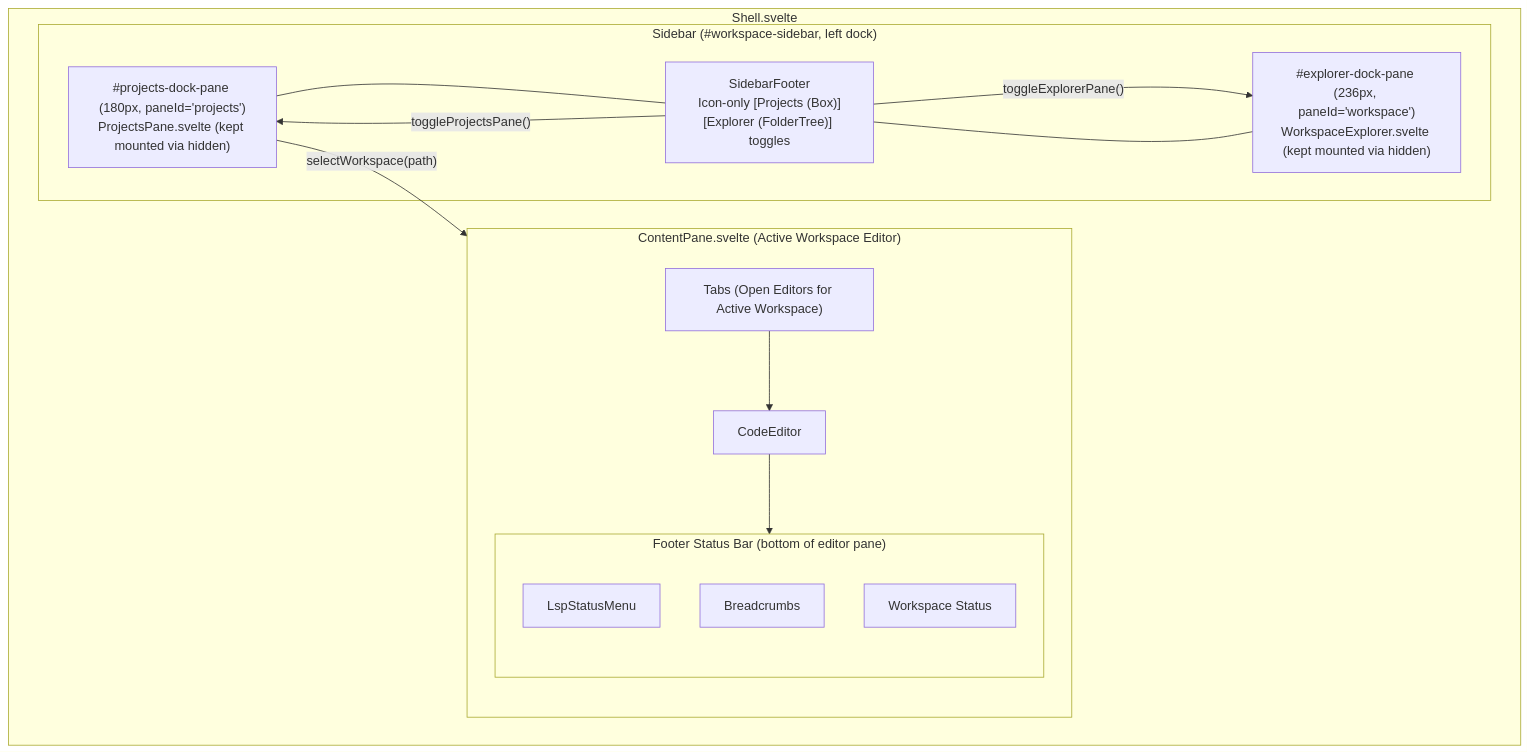
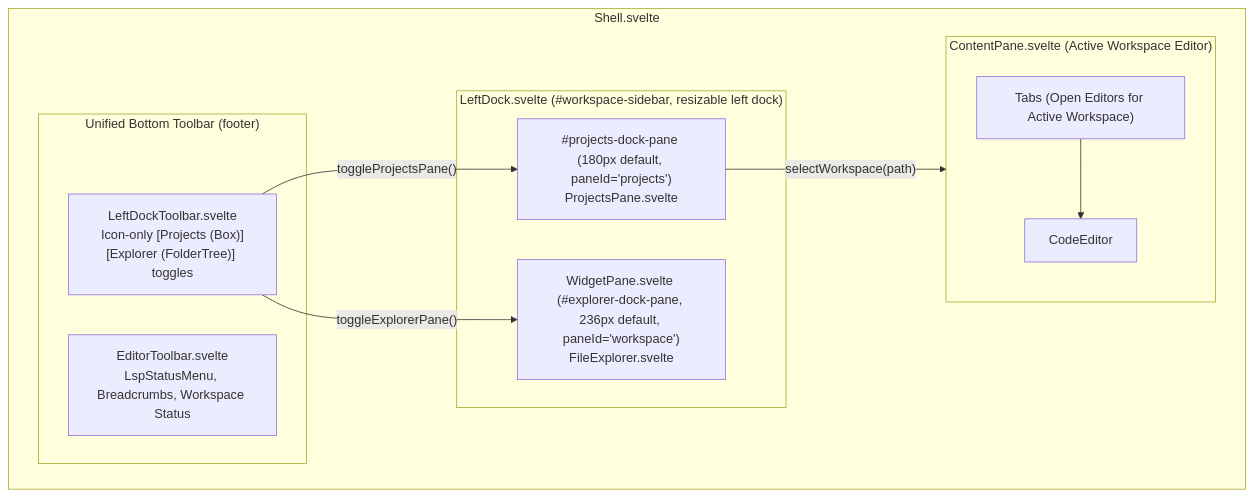
The first of 2 diagrams in docs/architecture/web/projects-pane.md (difflab-io/lgtm), drawn with Mermaid before and after one commit. The commit also changed 56 other files, not shown here.

Commit message:
refactor(projects): address review comments on LeftDock, services, and models

````diff
--- a/docs/architecture/web/projects-pane.md
+++ b/docs/architecture/web/projects-pane.md
@@ -27,27 +27,24 @@
 ```mermaid
 flowchart TB
     subgraph Shell["Shell.svelte"]
-        subgraph LeftSidebar["Sidebar (#workspace-sidebar, left dock)"]
-            PROJECTS_DOCK["#projects-dock-pane (180px, paneId='projects')\nProjectsPane.svelte (kept mounted via hidden)"]
-            EXPLORER_DOCK["#explorer-dock-pane (236px, paneId='workspace')\nWorkspaceExplorer.svelte (kept mounted via hidden)"]
-            SIDEBAR_FOOTER["SidebarFooter\nIcon-only [Projects (Box)][Explorer (FolderTree)] toggles"]
-            PROJECTS_DOCK --- SIDEBAR_FOOTER
-            EXPLORER_DOCK --- SIDEBAR_FOOTER
+        subgraph LeftSidebar["LeftDock.svelte (#workspace-sidebar, resizable left dock)"]
+            PROJECTS_DOCK["#projects-dock-pane (180px default, paneId='projects')\nProjectsPane.svelte"]
+            EXPLORER_DOCK["WidgetPane.svelte (#explorer-dock-pane, 236px default, paneId='workspace')\nFileExplorer.svelte"]
         end
 
         subgraph MainPane["ContentPane.svelte (Active Workspace Editor)"]
             TABS["Tabs (Open Editors for Active Workspace)"]
             EDITOR["CodeEditor"]
-            subgraph Footer["Footer Status Bar (bottom of editor pane)"]
-                LSP_MENU["LspStatusMenu"]
-                CRUMBS["Breadcrumbs"]
-                STATUS["Workspace Status"]
-            end
-            TABS --> EDITOR --> Footer
+            TABS --> EDITOR
+        end
+
+        subgraph BottomToolbar["Unified Bottom Toolbar (footer)"]
+            LEFT_TOOLBAR["LeftDockToolbar.svelte\nIcon-only [Projects (Box)][Explorer (FolderTree)] toggles"]
+            EDITOR_TOOLBAR["EditorToolbar.svelte\nLspStatusMenu, Breadcrumbs, Workspace Status"]
         end
     end
 
-    SIDEBAR_FOOTER -->|"toggleProjectsPane()"| PROJECTS_DOCK
-    SIDEBAR_FOOTER -->|"toggleExplorerPane()"| EXPLORER_DOCK
+    LEFT_TOOLBAR -->|"toggleProjectsPane()"| PROJECTS_DOCK
+    LEFT_TOOLBAR -->|"toggleExplorerPane()"| EXPLORER_DOCK
     PROJECTS_DOCK -->|"selectWorkspace(path)"| MainPane
 ```
````
